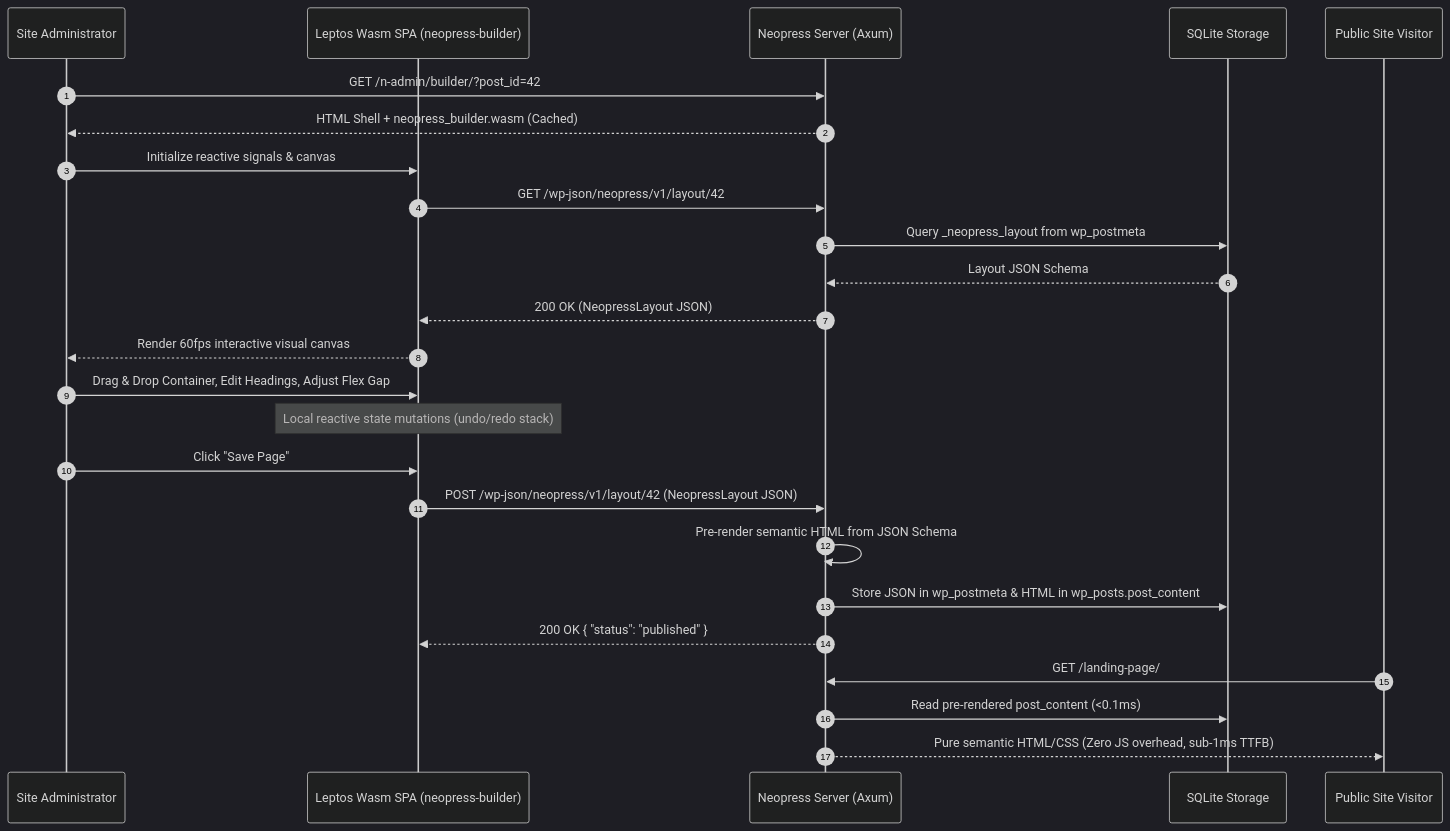
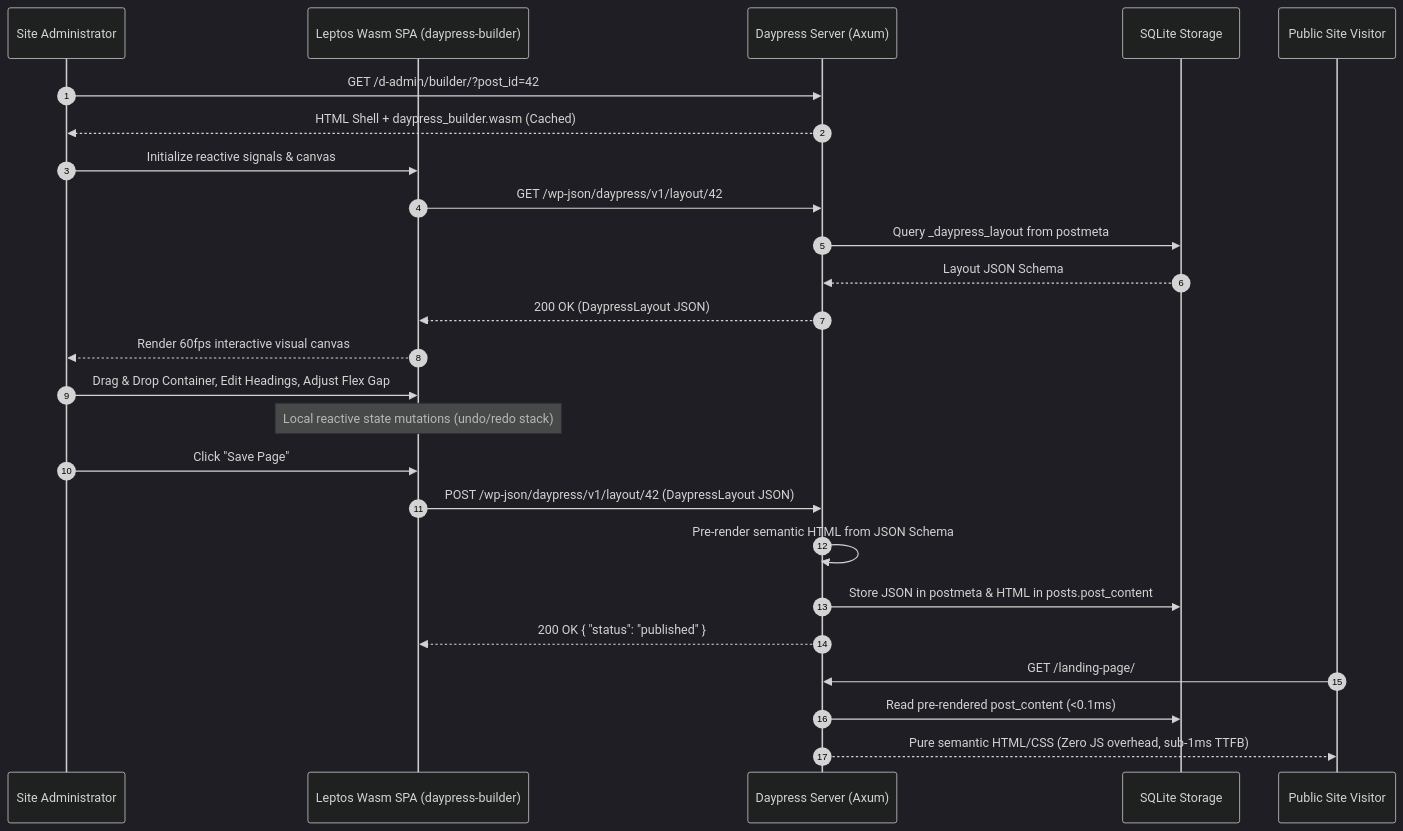
One commit to Trooper-lab/Daypress changed the third of 10 diagrams in ARCHITECTURE.md. Above: the diagram before and after it, drawn with Mermaid (dark theme). The commit also changed other lines of this file and 704 other files, not shown here.

First line of the commit message:
feat!: rebrand Neopress to Daypress (#4)

````diff
--- a/ARCHITECTURE.md
+++ b/ARCHITECTURE.md
@@ -258,31 +258,31 @@
 ```mermaid
 sequenceDiagram
     autonumber
     participant Admin as Site Administrator
-    participant Leptos as Leptos Wasm SPA (neopress-builder)
-    participant Axum as Neopress Server (Axum)
+    participant Leptos as Leptos Wasm SPA (daypress-builder)
+    participant Axum as Daypress Server (Axum)
     participant DB as SQLite Storage
     participant Visitor as Public Site Visitor
 
-    Admin->>Axum: GET /n-admin/builder/?post_id=42
-    Axum-->>Admin: HTML Shell + neopress_builder.wasm (Cached)
+    Admin->>Axum: GET /d-admin/builder/?post_id=42
+    Axum-->>Admin: HTML Shell + daypress_builder.wasm (Cached)
     Admin->>Leptos: Initialize reactive signals & canvas
-    Leptos->>Axum: GET /wp-json/neopress/v1/layout/42
-    Axum->>DB: Query _neopress_layout from wp_postmeta
+    Leptos->>Axum: GET /wp-json/daypress/v1/layout/42
+    Axum->>DB: Query _daypress_layout from postmeta
     DB-->>Axum: Layout JSON Schema
-    Axum-->>Leptos: 200 OK (NeopressLayout JSON)
+    Axum-->>Leptos: 200 OK (DaypressLayout JSON)
     Leptos-->>Admin: Render 60fps interactive visual canvas
     
     Admin->>Leptos: Drag & Drop Container, Edit Headings, Adjust Flex Gap
     Note over Leptos: Local reactive state mutations (undo/redo stack)
     
     Admin->>Leptos: Click "Save Page"
-    Leptos->>Axum: POST /wp-json/neopress/v1/layout/42 (NeopressLayout JSON)
+    Leptos->>Axum: POST /wp-json/daypress/v1/layout/42 (DaypressLayout JSON)
     Axum->>Axum: Pre-render semantic HTML from JSON Schema
-    Axum->>DB: Store JSON in wp_postmeta & HTML in wp_posts.post_content
+    Axum->>DB: Store JSON in postmeta & HTML in posts.post_content
     Axum-->>Leptos: 200 OK { "status": "published" }
 
     Visitor->>Axum: GET /landing-page/
     Axum->>DB: Read pre-rendered post_content (<0.1ms)
     Axum-->>Visitor: Pure semantic HTML/CSS (Zero JS overhead, sub-1ms TTFB)
 ```
````
